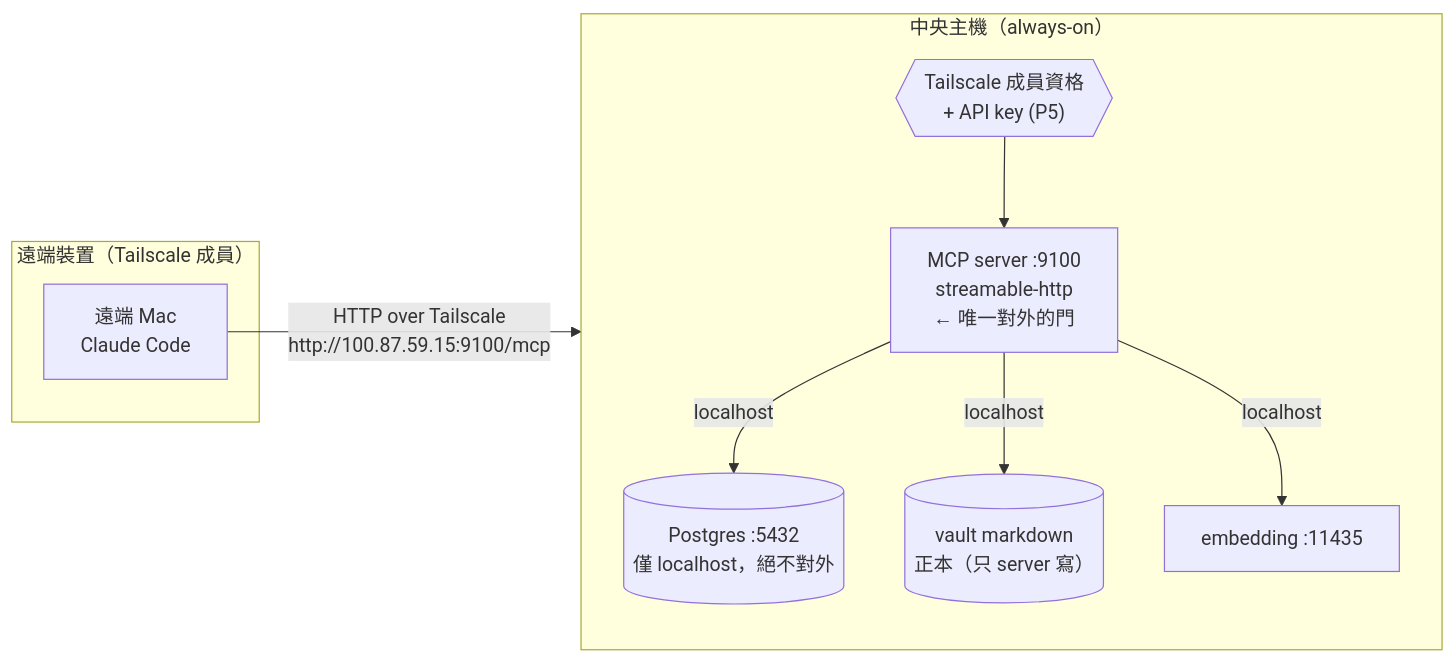
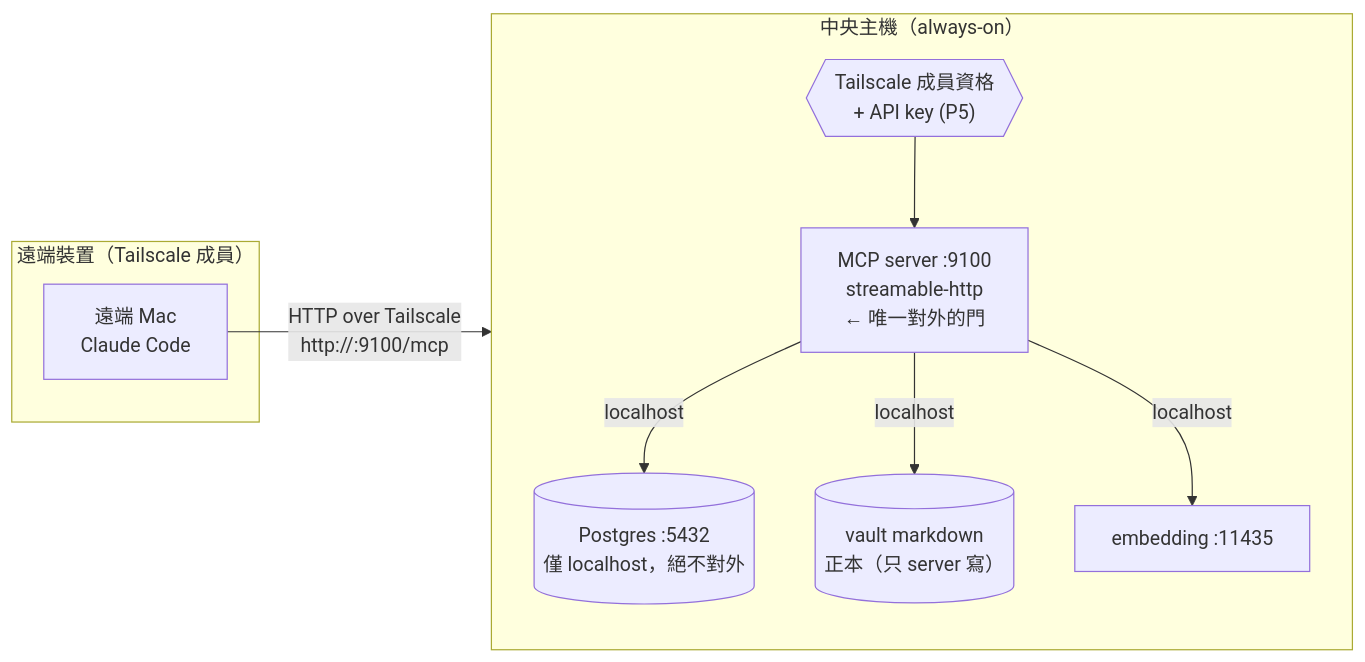
One commit to ddmanyes/second-brain-mcp changed the first of 2 diagrams in MIGRATION_PLAN_POSTGRES.md. Above: the diagram before and after it, drawn with Mermaid. The commit also changed other lines of this file and 9 other files, not shown here.

````diff
--- a/MIGRATION_PLAN_POSTGRES.md
+++ b/MIGRATION_PLAN_POSTGRES.md
@@ -81,20 +81,20 @@
 ```mermaid
 flowchart LR
     subgraph remote["遠端裝置（Tailscale 成員）"]
         R1["遠端 Mac<br/>Claude Code"]
     end
     subgraph host["中央主機（always-on）"]
         direction TB
         GW["MCP server :9100<br/>streamable-http<br/>← 唯一對外的門"]
         AUTH{{"Tailscale 成員資格<br/>+ API key (P5)"}}
         PG[("Postgres :5432<br/>僅 localhost，絕不對外")]
         FS[("vault markdown<br/>正本（只 server 寫）")]
         EMB["embedding :11435"]
     end
 
-    R1 -- "HTTP over Tailscale<br/>http://100.87.59.15:9100/mcp" --> AUTH
+    R1 -- "HTTP over Tailscale<br/>http://<tailscale-ip>:9100/mcp" --> AUTH
     AUTH --> GW
     GW -- localhost --> PG
     GW -- localhost --> FS
     GW -- localhost --> EMB
 ```
````
